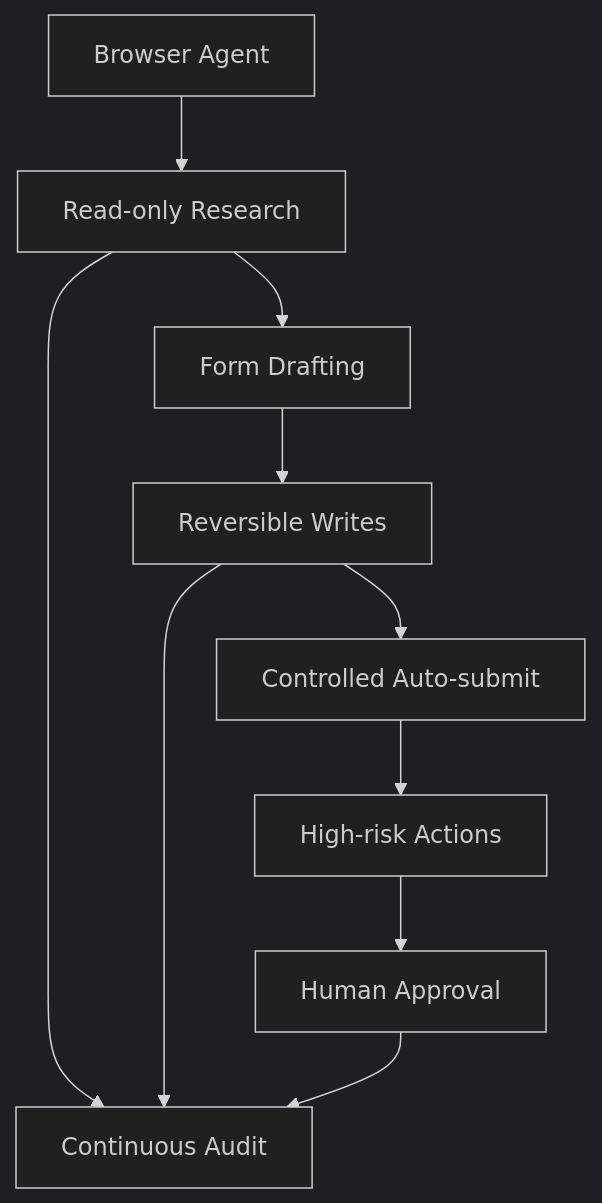
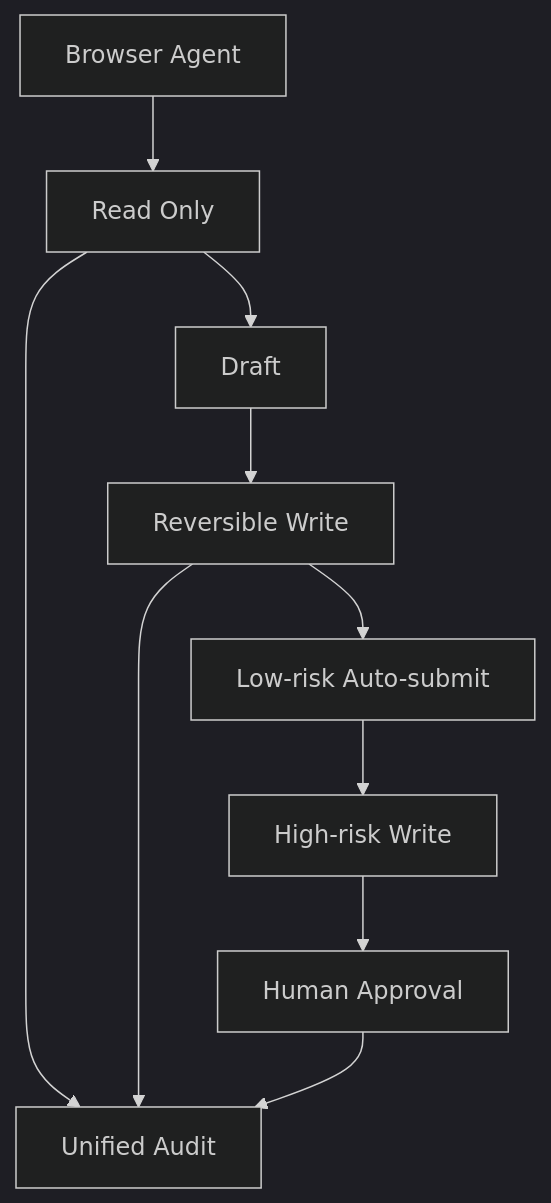
Before and after one commit to wlf186/ai-daily-headlines: diagram 17 of 22 in 260827.md, drawn with Mermaid (dark theme). The commit also changed other lines of this file, not shown here.

````diff
--- a/260827.md
+++ b/260827.md
@@ -608,12 +706,12 @@
 ```mermaid
 flowchart TD
-    BA1[Browser Agent] --> BA2[Read-only Research]
-    BA2 --> BA3[Form Drafting]
-    BA3 --> BA4[Reversible Writes]
-    BA4 --> BA5[Controlled Auto-submit]
-    BA5 --> BA6[High-risk Actions]
-    BA6 --> BA7[Human Approval]
-    BA2 --> BA8[Continuous Audit]
-    BA4 --> BA8
-    BA7 --> BA8
+    BR1[Browser Agent] --> BR2[Read Only]
+    BR2 --> BR3[Draft]
+    BR3 --> BR4[Reversible Write]
+    BR4 --> BR5[Low-risk Auto-submit]
+    BR5 --> BR6[High-risk Write]
+    BR6 --> BR7[Human Approval]
+    BR2 --> BR8[Unified Audit]
+    BR4 --> BR8
+    BR7 --> BR8
 ```
````
